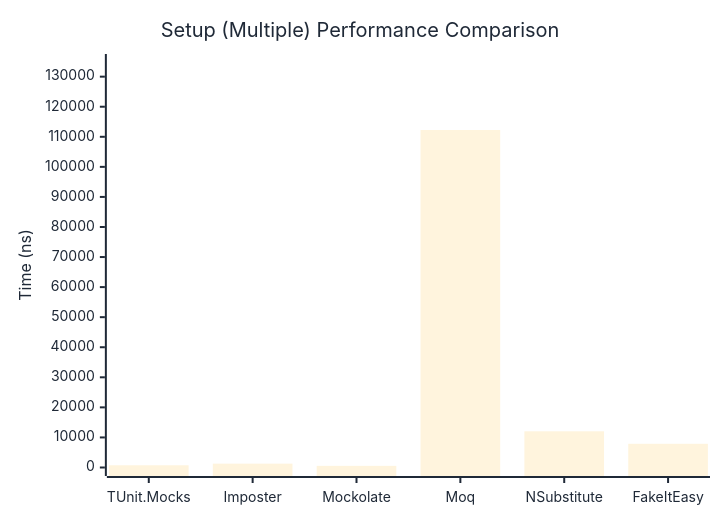
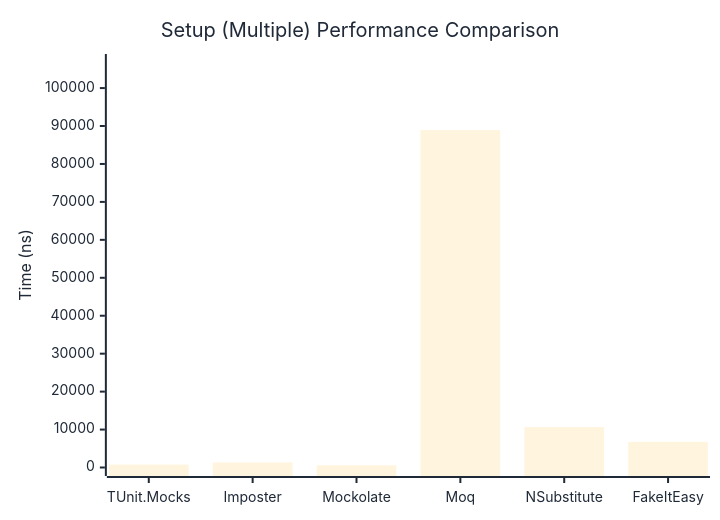
Before and after one commit to thomhurst/TUnit: the second of 2 diagrams in docs/docs/benchmarks/mocks/Setup.md, drawn with Mermaid. The commit also changed other lines of this file and 14 other files, not shown here.

````diff
--- a/docs/docs/benchmarks/mocks/Setup.md
+++ b/docs/docs/benchmarks/mocks/Setup.md
@@ -69,27 +69,27 @@
 ```mermaid
 %%{init: {
   'theme':'base',
   'themeVariables': {
     'primaryColor': '#2563eb',
     'primaryTextColor': '#1f2937',
     'primaryBorderColor': '#1e40af',
     'lineColor': '#6b7280',
     'secondaryColor': '#7c3aed',
     'tertiaryColor': '#dc2626',
     'background': '#ffffff',
     'pie1': '#2563eb',
     'pie2': '#7c3aed',
     'pie3': '#dc2626',
     'pie4': '#f59e0b',
     'pie5': '#10b981',
     'pie6': '#06b6d4',
     'pie7': '#ec4899',
     'pie8': '#6366f1'
   }
 }}%%
 xychart-beta
   title "Setup (Multiple) Performance Comparison"
   x-axis ["TUnit.Mocks", "Imposter", "Mockolate", "Moq", "NSubstitute", "FakeItEasy"]
-  y-axis "Time (ns)" 0 --> 134710
-  bar [739.9, 1281.8, 548.4, 112257.9, 12039, 7883.2]
+  y-axis "Time (ns)" 0 --> 106740
+  bar [765, 1339.6, 574.6, 88949.6, 10630.5, 6759.8]
 ```
````
